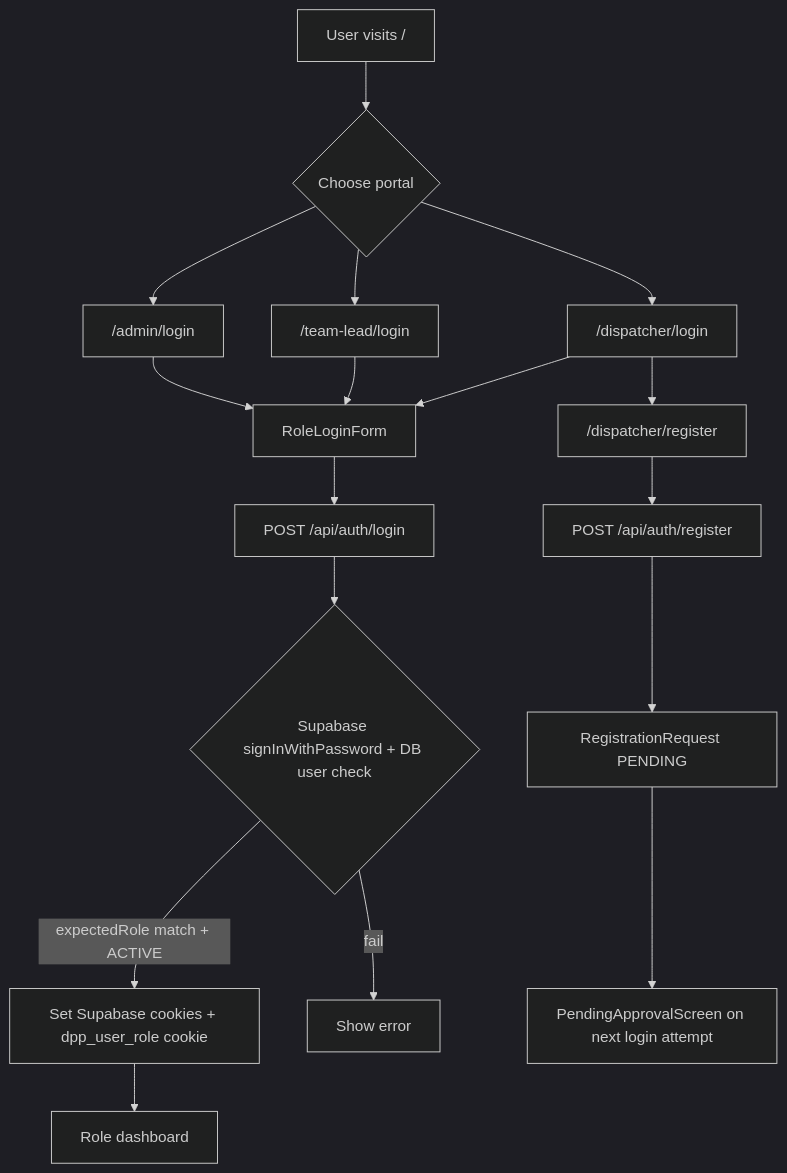
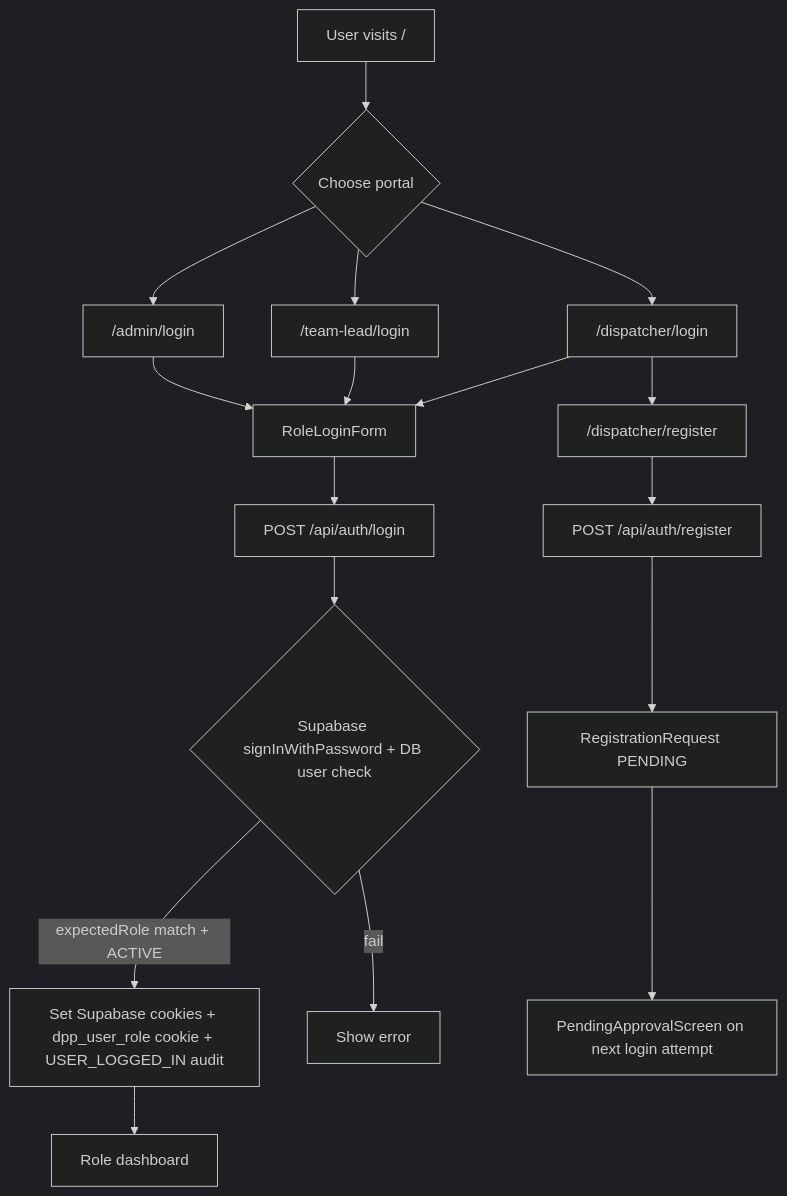
The first of 7 diagrams in SYSTEM_FLOW.md (muhammadjamshed7/dispatcher-performance-platform), drawn with Mermaid (dark theme) before and after one commit. The commit also changed other lines of this file and 11 other files, not shown here.

````diff
--- a/SYSTEM_FLOW.md
+++ b/SYSTEM_FLOW.md
@@ -148,17 +163,17 @@
 ```mermaid
 flowchart TD
   A["User visits /"] --> B{Choose portal}
   B --> C["/admin/login"]
   B --> D["/team-lead/login"]
   B --> E["/dispatcher/login"]
   E --> F["/dispatcher/register"]
   C & D & E --> G["RoleLoginForm"]
   G --> H["POST /api/auth/login"]
   H --> I{"Supabase signInWithPassword + DB user check"}
-  I -->|expectedRole match + ACTIVE| J["Set Supabase cookies + dpp_user_role cookie"]
+  I -->|expectedRole match + ACTIVE| J["Set Supabase cookies + dpp_user_role cookie + USER_LOGGED_IN audit"]
   I -->|fail| K["Show error"]
   J --> L["Role dashboard"]
   F --> M["POST /api/auth/register"]
   M --> N["RegistrationRequest PENDING"]
   N --> O["PendingApprovalScreen on next login attempt"]
 ```
````
